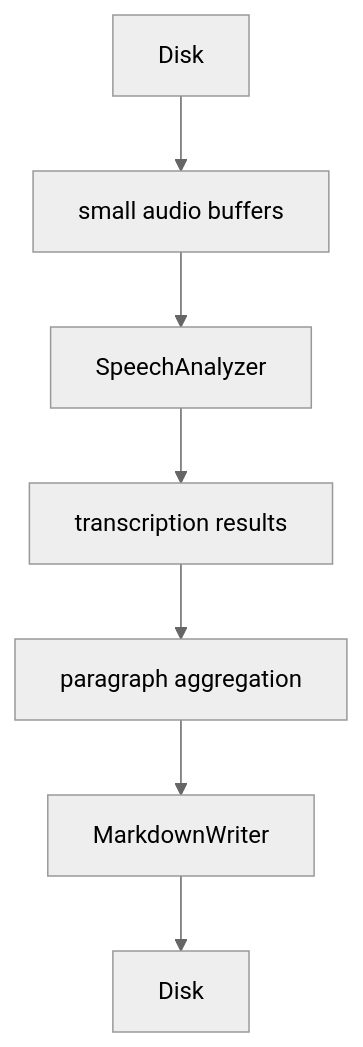
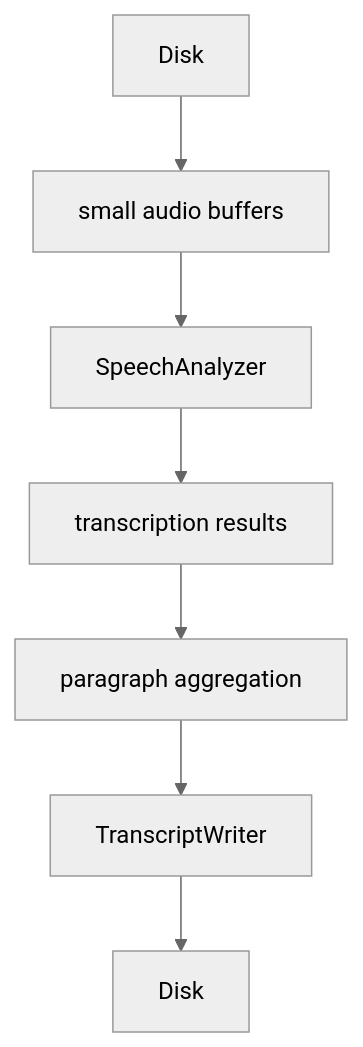
Before and after one commit to marcos-gamazo/video-transcriptor: the first of 3 diagrams in openspec/project.md, drawn with Mermaid (neutral theme). The commit also changed other lines of this file and 4 other files, not shown here.

````diff
--- a/openspec/project.md
+++ b/openspec/project.md
@@ -149,9 +149,9 @@
 ```mermaid
 flowchart TD
     Disk1[Disk] --> SmallAudioBuffers[small audio buffers]
     SmallAudioBuffers --> SpeechAnalyzer
     SpeechAnalyzer --> TranscriptionResults[transcription results]
     TranscriptionResults --> ParagraphAggregation[paragraph aggregation]
-    ParagraphAggregation --> MarkdownWriter
-    MarkdownWriter --> Disk2[Disk]
+    ParagraphAggregation --> TranscriptWriter
+    TranscriptWriter --> Disk2[Disk]
 ```
````
